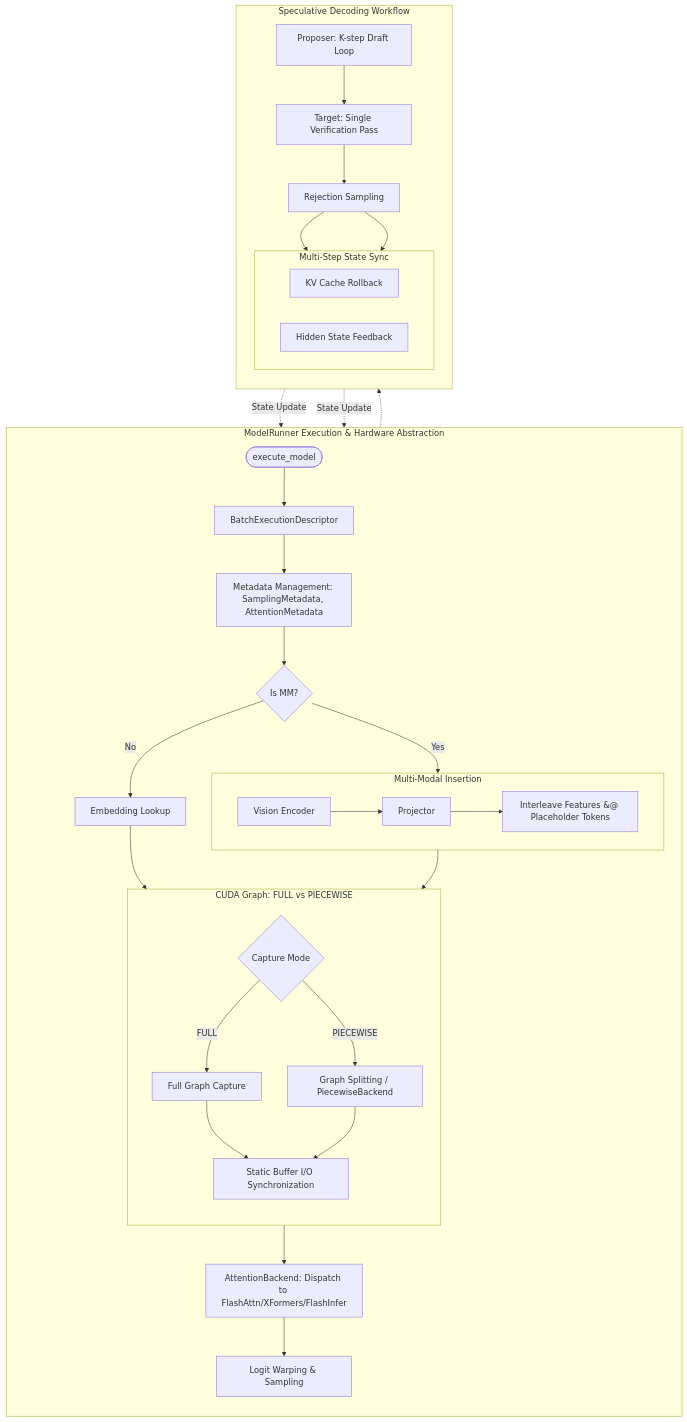
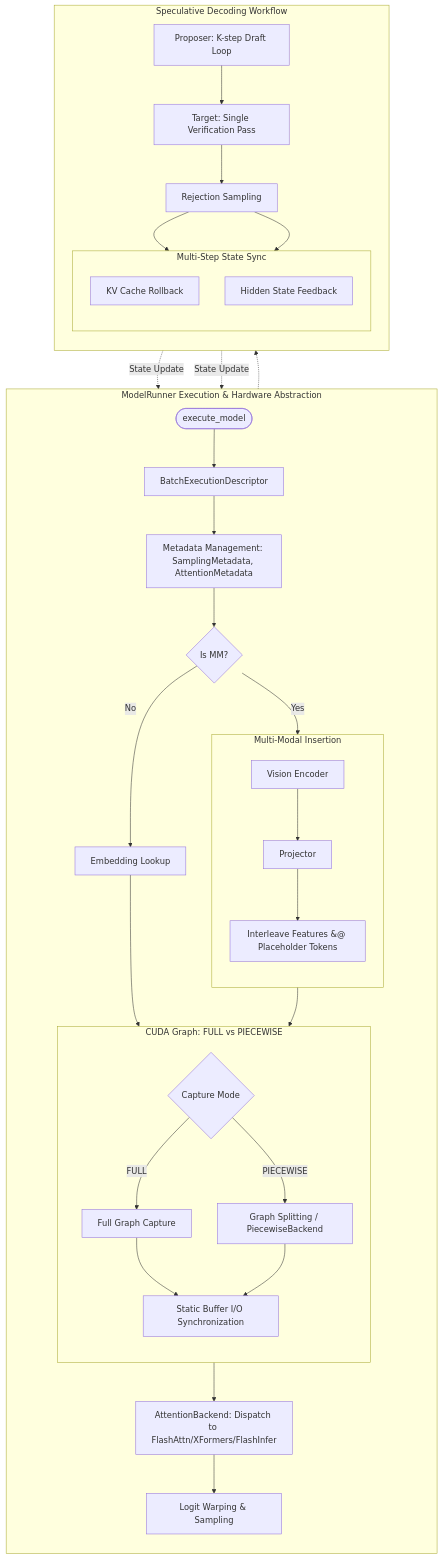
One commit to quanhua92/tutorials changed the diagram in vllm/courses/chapter_09_model_runner.md. Above: the diagram before and after it, drawn with Mermaid. The commit also changed 10 other files, not shown here.

Commit message:
chore: improve vllm course mermaid styles

````diff
--- a/vllm/courses/chapter_09_model_runner.md
+++ b/vllm/courses/chapter_09_model_runner.md
@@ -3,48 +3,48 @@
 ```mermaid
-flowchart TD
-    subgraph MR [ModelRunner Execution & Hardware Abstraction]
+flowchart TB
+    subgraph MR ["ModelRunner Execution & Hardware Abstraction"]
         direction TB
-        Start([execute_model]) --> Input[BatchExecutionDescriptor]
+        Start(["execute_model"]) --> Input["BatchExecutionDescriptor"]
         Input --> Meta["Metadata Management: SamplingMetadata, AttentionMetadata"]
         
-        subgraph MM [Multi-Modal Insertion]
-            direction LR
-            Encoder[Vision Encoder] --> Proj[Projector]
+        subgraph MM ["Multi-Modal Insertion"]
+            direction TB
+            Encoder["Vision Encoder"] --> Proj["Projector"]
             Proj --> Interleave["Interleave Features &#64; Placeholder Tokens"]
         end
         
-        Meta --> MM_Check{Is MM?}
+        Meta --> MM_Check{"Is MM?"}
         MM_Check -->|Yes| Encoder
-        MM_Check -->|No| Embed[Embedding Lookup]
+        MM_Check -->|No| Embed["Embedding Lookup"]
         
         subgraph CUDAGraph ["CUDA Graph: FULL vs PIECEWISE"]
             direction TB
-            Path{Capture Mode}
-            Path -->|FULL| Full[Full Graph Capture]
-            Path -->|PIECEWISE| Piece[Graph Splitting / PiecewiseBackend]
-            Full & Piece --> Static[Static Buffer I/O Synchronization]
+            Path{"Capture Mode"}
+            Path -->|FULL| Full["Full Graph Capture"]
+            Path -->|PIECEWISE| Piece["Graph Splitting / PiecewiseBackend"]
+            Full & Piece --> Static["Static Buffer I/O Synchronization"]
         end
         
         Interleave --> Path
         Embed --> Path
         Static --> Backend["AttentionBackend: Dispatch to FlashAttn/XFormers/FlashInfer"]
-        Backend --> Sampler[Logit Warping & Sampling]
+        Backend --> Sampler["Logit Warping & Sampling"]
     end
 
-    subgraph SD [Speculative Decoding Workflow]
+    subgraph SD ["Speculative Decoding Workflow"]
         direction TB
         Proposer["Proposer: K-step Draft Loop"] --> Verify["Target: Single Verification Pass"]
-        Verify --> Rejection[Rejection Sampling]
+        Verify --> Rejection["Rejection Sampling"]
         
-        subgraph SDSync [Multi-Step State Sync]
-            direction LR
-            KVSync[KV Cache Rollback]
-            HiddenSync[Hidden State Feedback]
+        subgraph SDSync ["Multi-Step State Sync"]
+            direction TB
+            KVSync["KV Cache Rollback"]
+            HiddenSync["Hidden State Feedback"]
         end
         
         Rejection --> KVSync & HiddenSync
     end
 
     Sampler -.-> Proposer
     KVSync & HiddenSync -.->|State Update| Start
 ```
````
